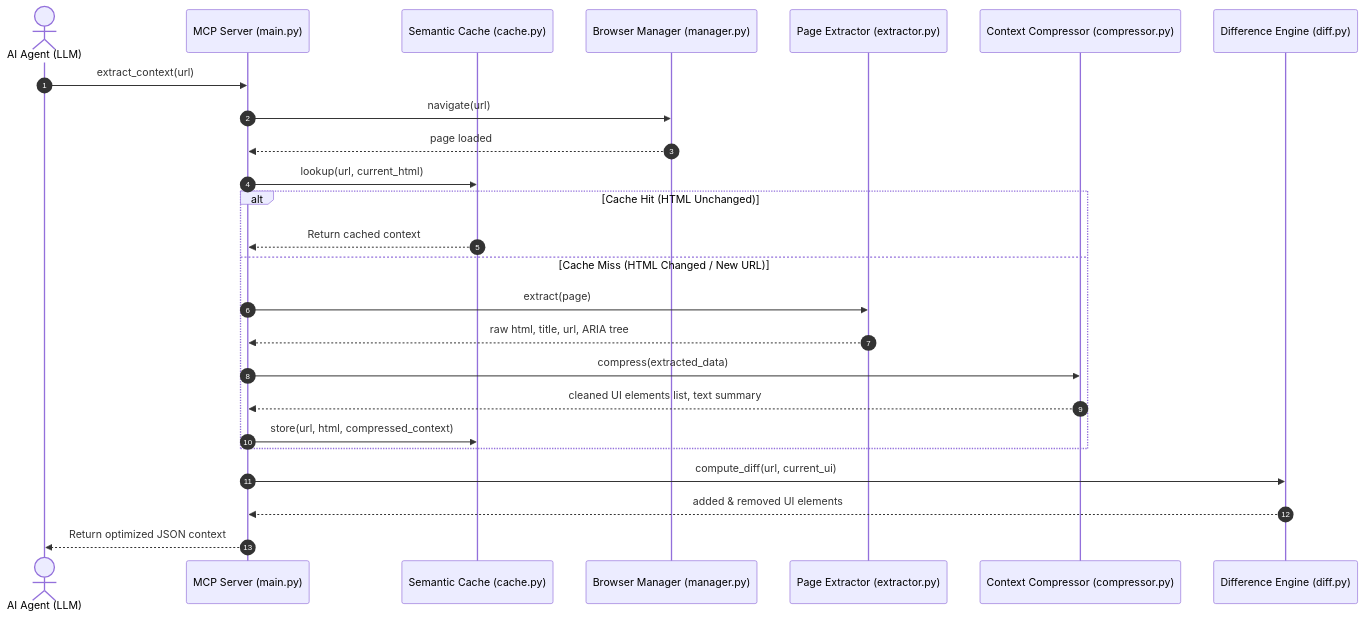
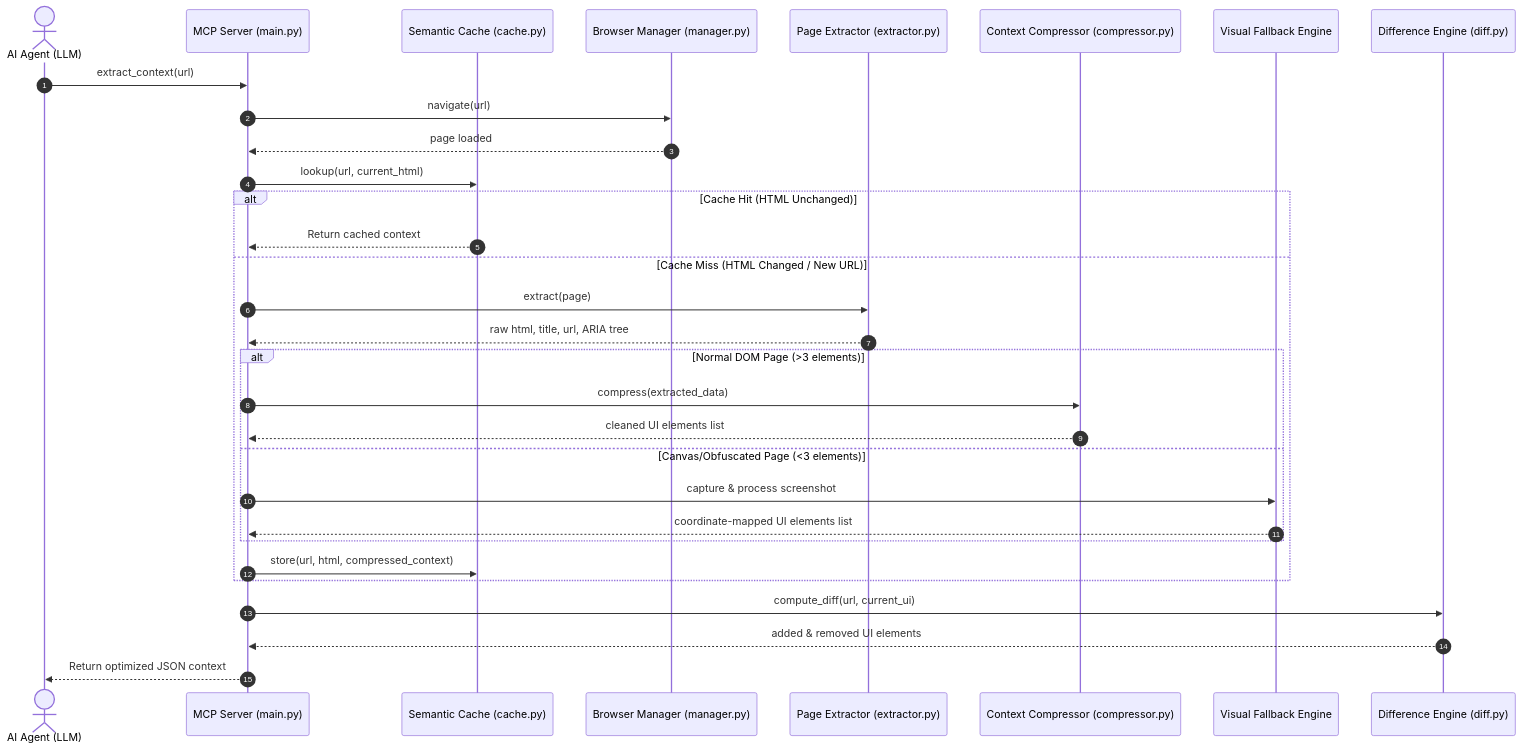
One commit to Manthan-Railkar/browser-optimizer-mcp-V2 changed the diagram in PROJECT_PROPOSAL.md. Above: the diagram before and after it, drawn with Mermaid. The commit also changed other lines of this file, not shown here.

````diff
--- a/PROJECT_PROPOSAL.md
+++ b/PROJECT_PROPOSAL.md
@@ -43,28 +44,34 @@
 ```mermaid
 sequenceDiagram
     autonumber
     actor Agent as AI Agent (LLM)
     participant Server as MCP Server (main.py)
     participant Cache as Semantic Cache (cache.py)
     participant Browser as Browser Manager (manager.py)
     participant Ext as Page Extractor (extractor.py)
     participant Comp as Context Compressor (compressor.py)
+    participant Vision as Visual Fallback Engine
     participant Diff as Difference Engine (diff.py)
 
     Agent->>Server: extract_context(url)
     Server->>Browser: navigate(url)
     Browser-->>Server: page loaded
     Server->>Cache: lookup(url, current_html)
     alt Cache Hit (HTML Unchanged)
         Cache-->>Server: Return cached context
     else Cache Miss (HTML Changed / New URL)
         Server->>Ext: extract(page)
         Ext-->>Server: raw html, title, url, ARIA tree
-        Server->>Comp: compress(extracted_data)
-        Comp-->>Server: cleaned UI elements list, text summary
+        alt Normal DOM Page (>3 elements)
+            Server->>Comp: compress(extracted_data)
+            Comp-->>Server: cleaned UI elements list
+        else Canvas/Obfuscated Page (<3 elements)
+            Server->>Vision: capture & process screenshot
+            Vision-->>Server: coordinate-mapped UI elements list
+        end
         Server->>Cache: store(url, html, compressed_context)
     end
     Server->>Diff: compute_diff(url, current_ui)
     Diff-->>Server: added & removed UI elements
     Server-->>Agent: Return optimized JSON context
 ```
````
